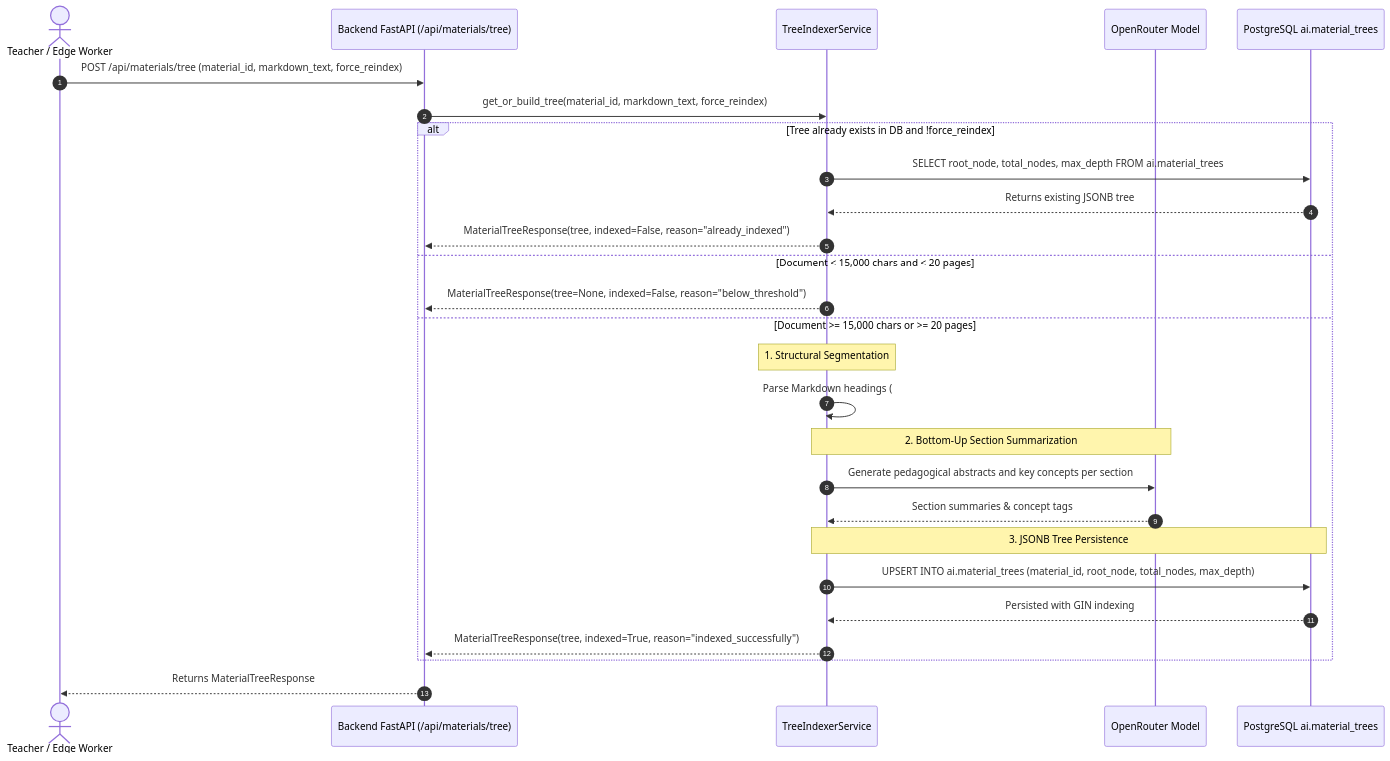
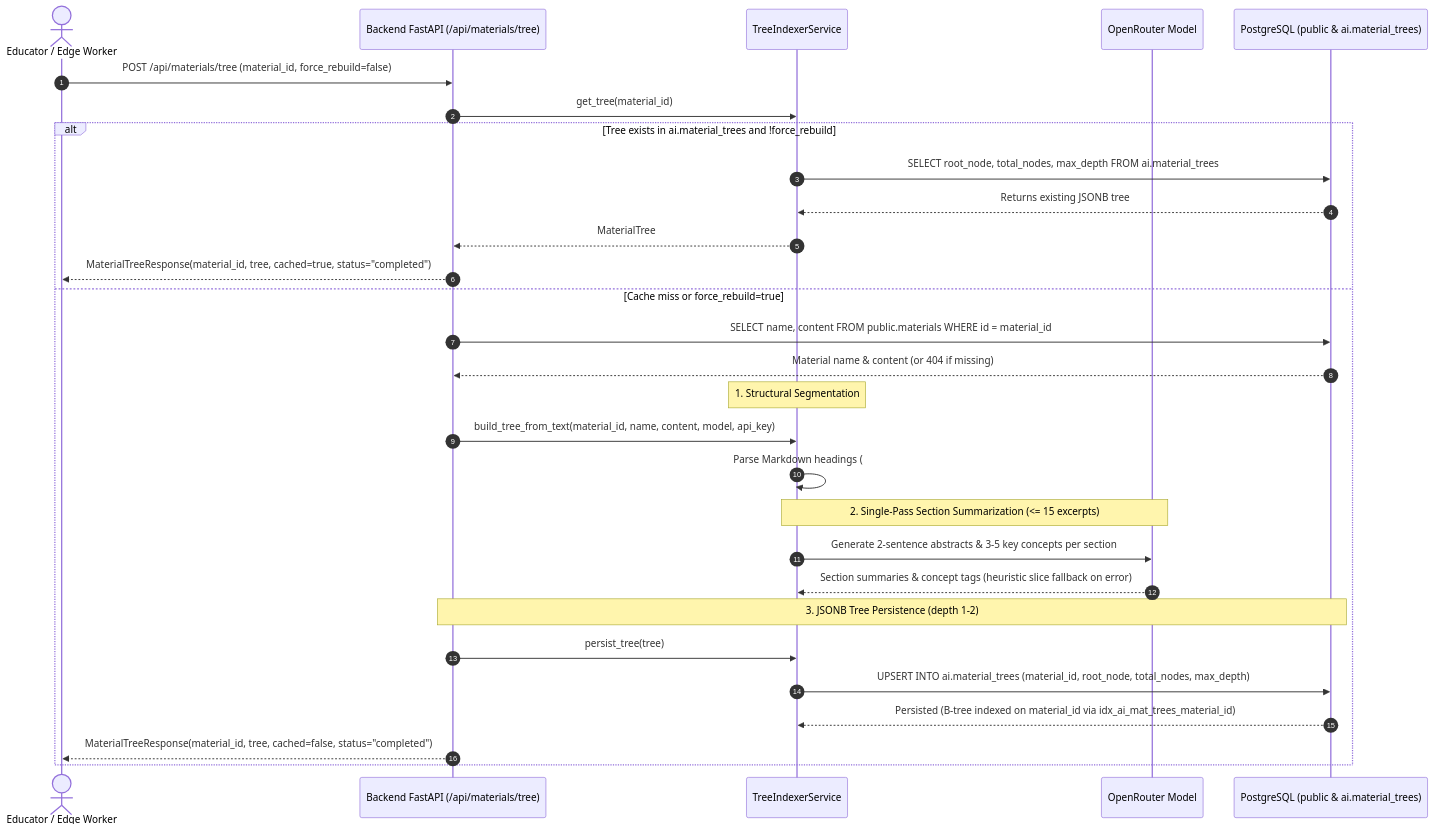
One commit to VictorBravo9er/Teacher-Assistant-Workspace changed the fourth of 4 diagrams in docs/systems/workflows/material_workflows.md. Above: the diagram before and after it, drawn with Mermaid. The commit also changed other lines of this file and 43 other files, not shown here.

````diff
--- a/docs/systems/workflows/material_workflows.md
+++ b/docs/systems/workflows/material_workflows.md
@@ -155,32 +151,33 @@
 ```mermaid
 sequenceDiagram
     autonumber
-    actor Teacher as Teacher / Edge Worker
+    actor Client as Educator / Edge Worker
     participant BE as Backend FastAPI (/api/materials/tree)
     participant Svc as TreeIndexerService
     participant LLM as OpenRouter Model
-    participant DB as PostgreSQL ai.material_trees
+    participant DB as PostgreSQL (public & ai.material_trees)
 
-    Teacher->>BE: POST /api/materials/tree (material_id, markdown_text, force_reindex)
-    BE->>Svc: get_or_build_tree(material_id, markdown_text, force_reindex)
+    Client->>BE: POST /api/materials/tree (material_id, force_rebuild=false)
+    BE->>Svc: get_tree(material_id)
     
-    alt Tree already exists in DB and !force_reindex
+    alt Tree exists in ai.material_trees and !force_rebuild
         Svc->>DB: SELECT root_node, total_nodes, max_depth FROM ai.material_trees
         DB-->>Svc: Returns existing JSONB tree
-        Svc-->>BE: MaterialTreeResponse(tree, indexed=False, reason="already_indexed")
-    else Document < 15,000 chars and < 20 pages
-        Svc-->>BE: MaterialTreeResponse(tree=None, indexed=False, reason="below_threshold")
-    else Document >= 15,000 chars or >= 20 pages
+        Svc-->>BE: MaterialTree
+        BE-->>Client: MaterialTreeResponse(material_id, tree, cached=true, status="completed")
+    else Cache miss or force_rebuild=true
+        BE->>DB: SELECT name, content FROM public.materials WHERE id = material_id
+        DB-->>BE: Material name & content (or 404 if missing)
         Note over Svc: 1. Structural Segmentation
-        Svc->>Svc: Parse Markdown headings (#, ##, ###) into N-ary node hierarchy
-        Note over Svc,LLM: 2. Bottom-Up Section Summarization
-        Svc->>LLM: Generate pedagogical abstracts and key concepts per section
-        LLM-->>Svc: Section summaries & concept tags
-        Note over Svc,DB: 3. JSONB Tree Persistence
+        BE->>Svc: build_tree_from_text(material_id, name, content, model, api_key)
+        Svc->>Svc: Parse Markdown headings (#, ##, ###) or 3,500-char fallback chunks
+        Note over Svc,LLM: 2. Single-Pass Section Summarization (<= 15 excerpts)
+        Svc->>LLM: Generate 2-sentence abstracts & 3-5 key concepts per section
+        LLM-->>Svc: Section summaries & concept tags (heuristic slice fallback on error)
+        Note over BE,DB: 3. JSONB Tree Persistence (depth 1-2)
+        BE->>Svc: persist_tree(tree)
         Svc->>DB: UPSERT INTO ai.material_trees (material_id, root_node, total_nodes, max_depth)
-        DB-->>Svc: Persisted with GIN indexing
-        Svc-->>BE: MaterialTreeResponse(tree, indexed=True, reason="indexed_successfully")
+        DB-->>Svc: Persisted (B-tree indexed on material_id via idx_ai_mat_trees_material_id)
+        BE-->>Client: MaterialTreeResponse(material_id, tree, cached=false, status="completed")
     end
-
-    BE-->>Teacher: Returns MaterialTreeResponse
 ```
````
